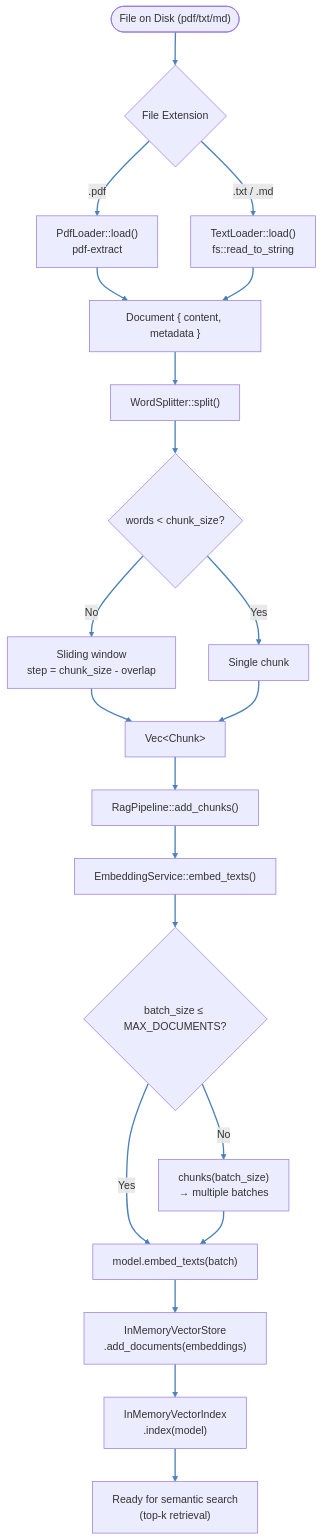
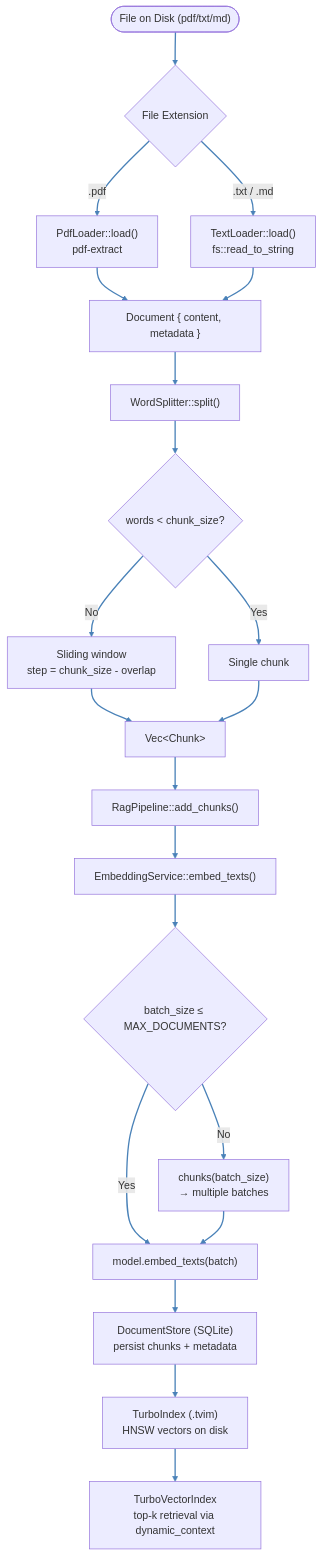
Before and after one commit to skaarfundgandr/agent_rs: the first of 3 diagrams in docs/diagrams/flowchart.md, drawn with Mermaid. The commit also changed other lines of this file and 4 other files, not shown here.

Commit message:
docs(diagrams): align diagrams with current architecture

````diff
--- a/docs/diagrams/flowchart.md
+++ b/docs/diagrams/flowchart.md
@@ -5,24 +5,24 @@
 ```mermaid
 flowchart TB
     Start(["File on Disk (pdf/txt/md)"]) --> Loader{File Extension}
     Loader -->|".pdf"| PdfLoader["PdfLoader::load()<br/>pdf-extract"]
     Loader -->|".txt / .md"| TextLoader["TextLoader::load()<br/>fs::read_to_string"]
     PdfLoader --> Doc["Document { content, metadata }"]
     TextLoader --> Doc
     Doc --> Splitter["WordSplitter::split()"]
     Splitter --> CheckChunk{"words < chunk_size?"}
     CheckChunk -->|No| SlidingWindow["Sliding window<br/>step = chunk_size - overlap"]
     CheckChunk -->|Yes| SingleChunk["Single chunk"]
     SlidingWindow --> Chunks["Vec&lt;Chunk&gt;"]
     SingleChunk --> Chunks
     Chunks --> RagPipe["RagPipeline::add_chunks()"]
     RagPipe --> Embed["EmbeddingService::embed_texts()"]
     Embed --> BatchLoop{"batch_size ≤ MAX_DOCUMENTS?"}
     BatchLoop -->|Yes| EmbedBatch["model.embed_texts(batch)"]
     BatchLoop -->|No| SplitBatch["chunks(batch_size)<br/>→ multiple batches"]
     SplitBatch --> EmbedBatch
-    EmbedBatch --> Store["InMemoryVectorStore<br/>.add_documents(embeddings)"]
-    Store --> Index["InMemoryVectorIndex<br/>.index(model)"]
-    Index --> QueryReady["Ready for semantic search<br/>(top-k retrieval)"]
+    EmbedBatch --> Store["DocumentStore (SQLite)<br/>persist chunks + metadata"]
+    Store --> Index["TurboIndex (.tvim)<br/>HNSW vectors on disk"]
+    Index --> QueryReady["TurboVectorIndex<br/>top-k retrieval via dynamic_context"]
     linkStyle default stroke:#4a82b8,stroke-width:2px;
 ```
````
